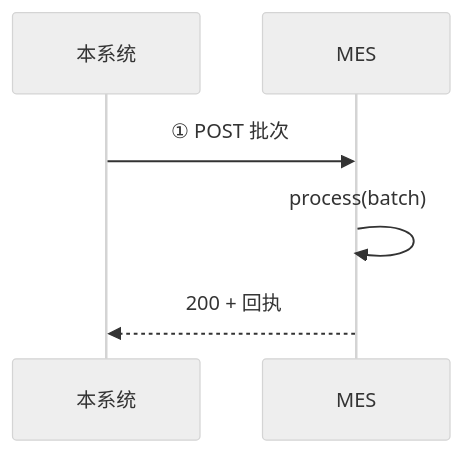
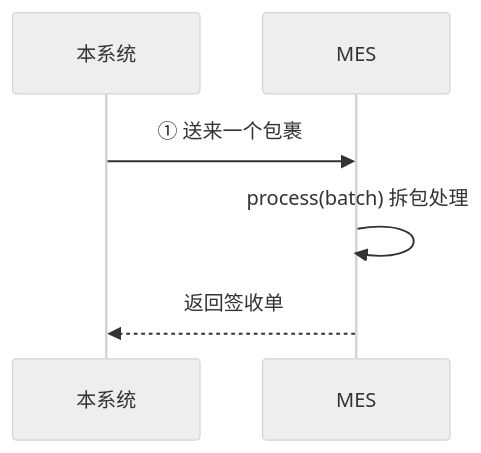
One commit to Createsnow/sn-center changed the first of 2 diagrams in docs/SN 防重管控 · MES 对接说明（精简版）.md. Above: the diagram before and after it, drawn with Mermaid (neutral theme). The commit also changed other lines of this file, not shown here.

````diff
--- a/docs/SN 防重管控 · MES 对接说明（精简版）.md
+++ b/docs/SN 防重管控 · MES 对接说明（精简版）.md
@@ -58,8 +77,8 @@
 ```mermaid
 sequenceDiagram
   participant S as 本系统
   participant M as MES
-  S->>M: ① POST 批次
-  M->>M: process(batch)
-  M-->>S: 200 + 回执
+  S->>M: ① 送来一个包裹
+  M->>M: process(batch) 拆包处理
+  M-->>S: 返回签收单
 ```
````
